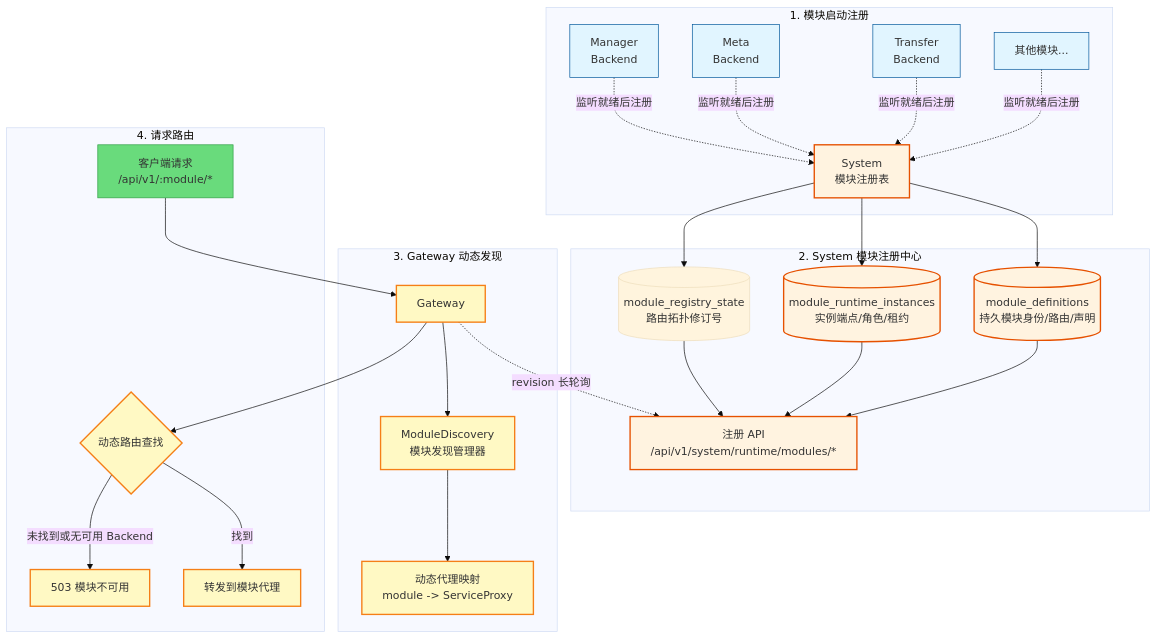
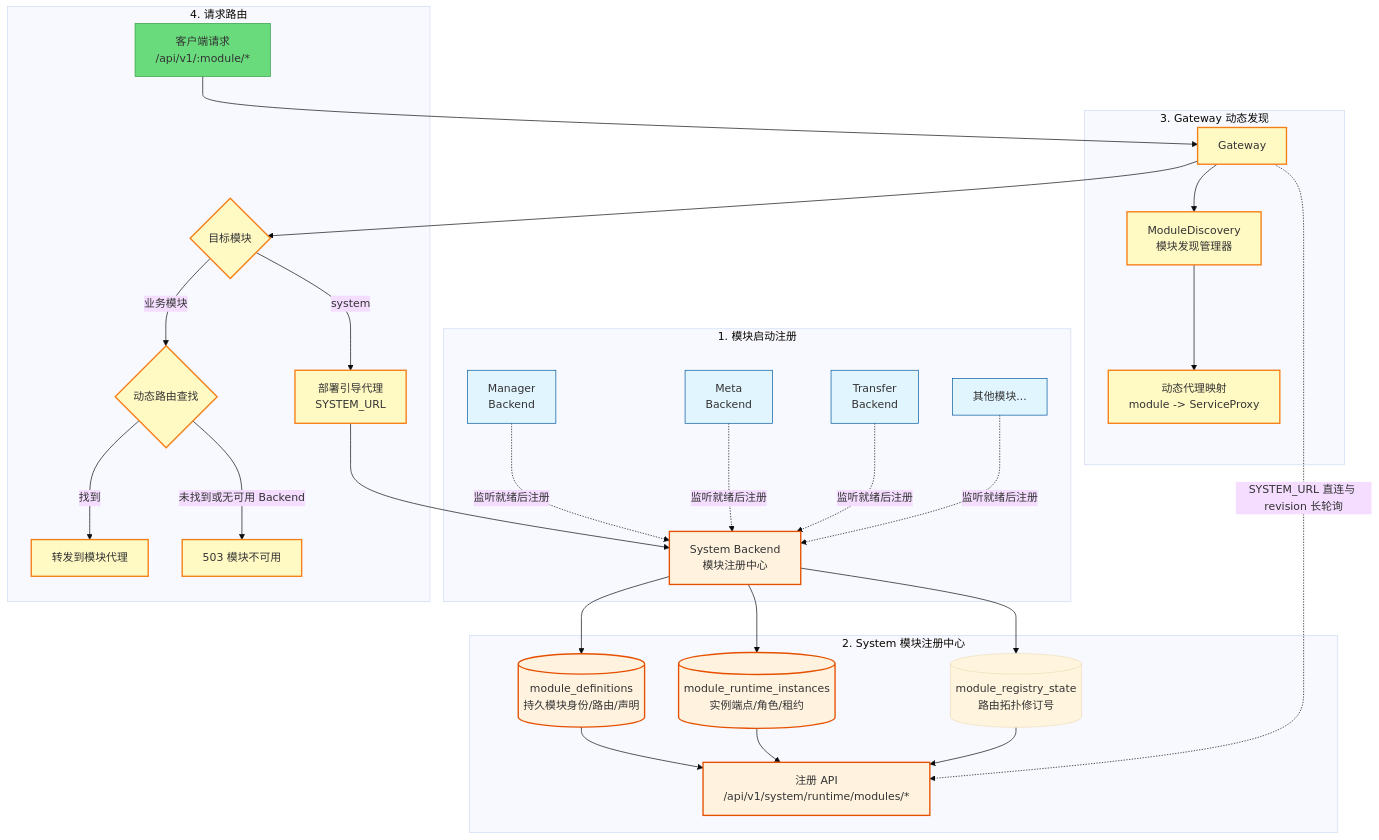
Before and after one commit to pampa0629/addp: the first of 2 diagrams in docs/concepts/modules/Gateway注册与路由.md, drawn with Mermaid (base theme). The commit also changed other lines of this file, not shown here.

Commit message:
docs: distinguish system bootstrap proxy in gateway routing diagrams

````diff
--- a/docs/concepts/modules/Gateway注册与路由.md
+++ b/docs/concepts/modules/Gateway注册与路由.md
@@ -15,42 +15,45 @@
 ```mermaid
 graph TB
     subgraph "1. 模块启动注册"
-        Manager[Manager<br/>Backend] -.监听就绪后注册.-> SystemReg[System<br/>模块注册表]
+        Manager[Manager<br/>Backend] -.监听就绪后注册.-> SystemReg[System Backend<br/>模块注册中心]
         Meta[Meta<br/>Backend] -.监听就绪后注册.-> SystemReg
         Transfer[Transfer<br/>Backend] -.监听就绪后注册.-> SystemReg
         Other[其他模块...] -.监听就绪后注册.-> SystemReg
     end
 
     subgraph "2. System 模块注册中心"
         SystemReg --> DefinitionTable[(module_definitions<br/>持久模块身份/路由/声明)]
         SystemReg --> InstanceTable[(module_runtime_instances<br/>实例端点/角色/租约)]
         SystemReg --> RevisionTable[(module_registry_state<br/>路由拓扑修订号)]
         DefinitionTable --> RegAPI[注册 API<br/>/api/v1/system/runtime/modules/*]
         InstanceTable --> RegAPI
         RevisionTable --> RegAPI
     end
 
     subgraph "3. Gateway 动态发现"
-        Gateway[Gateway] -.revision 长轮询.-> RegAPI
+        Gateway[Gateway] -.SYSTEM_URL 直连与 revision 长轮询.-> RegAPI
         Gateway --> Discovery[ModuleDiscovery<br/>模块发现管理器]
         Discovery --> Proxies[动态代理映射<br/>module -> ServiceProxy]
     end
 
     subgraph "4. 请求路由"
         Client[客户端请求<br/>/api/v1/:module/*] --> Gateway
-        Gateway --> DynamicRoute{动态路由查找}
+        Gateway --> RouteType{目标模块}
+        RouteType -->|system| SystemProxy[部署引导代理<br/>SYSTEM_URL]
+        SystemProxy --> SystemReg
+        RouteType -->|业务模块| DynamicRoute{动态路由查找}
         DynamicRoute -->|找到| Forward[转发到模块代理]
         DynamicRoute -->|未找到或无可用 Backend| Unavailable[503 模块不可用]
     end
 
     classDef backend fill:#e1f5ff,stroke:#01579b
     classDef system fill:#fff3e0,stroke:#e65100,stroke-width:2px
     classDef gateway fill:#fff9c4,stroke:#f57f17,stroke-width:2px
     classDef client fill:#69db7c,stroke:#2f9e44
     classDef infra fill:#fce4ec,stroke:#880e4f
 
     class Manager,Meta,Transfer,Other backend
     class SystemReg,DefinitionTable,InstanceTable,RegAPI system
-    class Gateway,Discovery,Proxies,DynamicRoute,Forward,Unavailable gateway
+    class Gateway,Discovery,Proxies,RouteType,SystemProxy,DynamicRoute,Forward,Unavailable gateway
     class Client client
 ```
````
